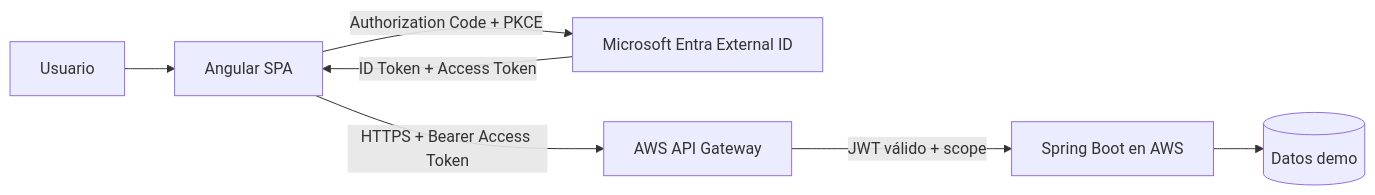
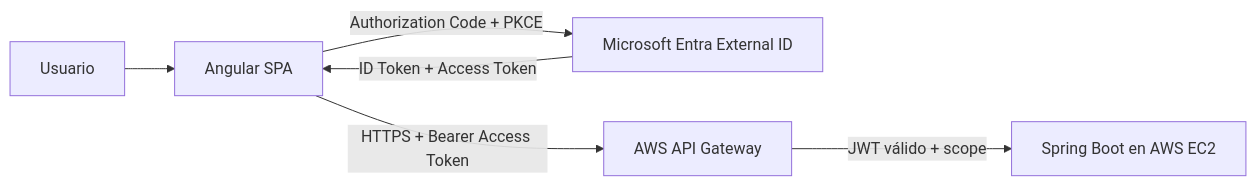
The diagram in guias-integradas/ev1/README.md (cmartinezs/DSY1107-DESARROLLO-CLOUD-NATIVE-I-2026-2), drawn with Mermaid before and after one commit. The commit also changed other lines of this file, not shown here.

````diff
--- a/guias-integradas/ev1/README.md
+++ b/guias-integradas/ev1/README.md
@@ -11,9 +9,8 @@
 ```mermaid
 flowchart LR
     U[Usuario] --> F[Angular SPA]
     F -->|Authorization Code + PKCE| E[Microsoft Entra External ID]
     E -->|ID Token + Access Token| F
     F -->|HTTPS + Bearer Access Token| G[AWS API Gateway]
-    G -->|JWT válido + scope| B[Spring Boot en AWS]
-    B --> D[(Datos demo)]
+    G -->|JWT válido + scope| B[Spring Boot en AWS EC2]
 ```
````
